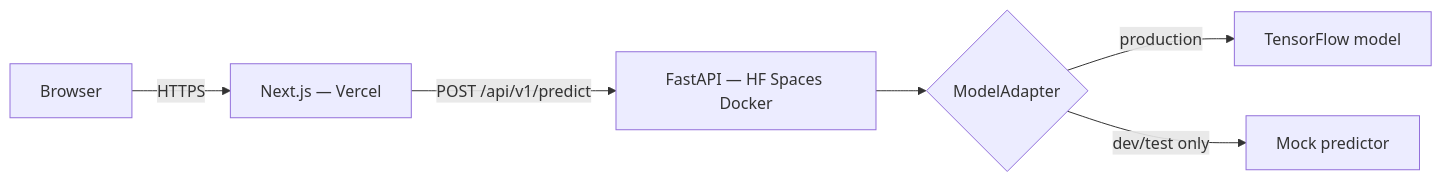
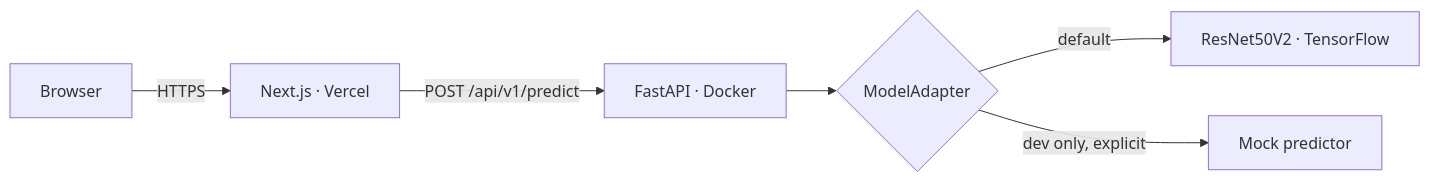
Before and after one commit to ahmedessam792/oral-disease-ai-classifier: the diagram in README.md, drawn with Mermaid. The commit also changed other lines of this file and 4 other files, not shown here.

````diff
--- a/README.md
+++ b/README.md
@@ -15,8 +65,8 @@
 ```mermaid
 flowchart LR
-    U[Browser] -->|HTTPS| W[Next.js — Vercel]
-    W -->|POST /api/v1/predict| A[FastAPI — HF Spaces Docker]
+    U[Browser] -->|HTTPS| W[Next.js · Vercel]
+    W -->|POST /api/v1/predict| A[FastAPI · Docker]
     A --> AD{ModelAdapter}
-    AD -->|production| TF[TensorFlow model]
-    AD -->|dev/test only| MK[Mock predictor]
+    AD -->|default| TF[ResNet50V2 · TensorFlow]
+    AD -->|dev only, explicit| MK[Mock predictor]
 ```
````
